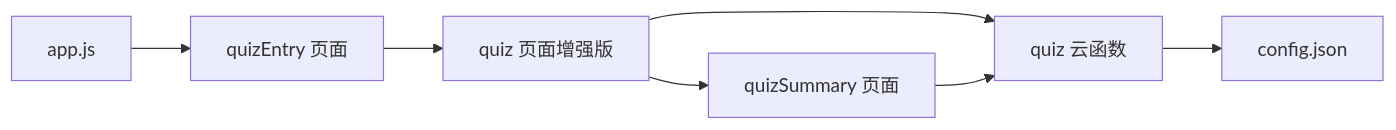
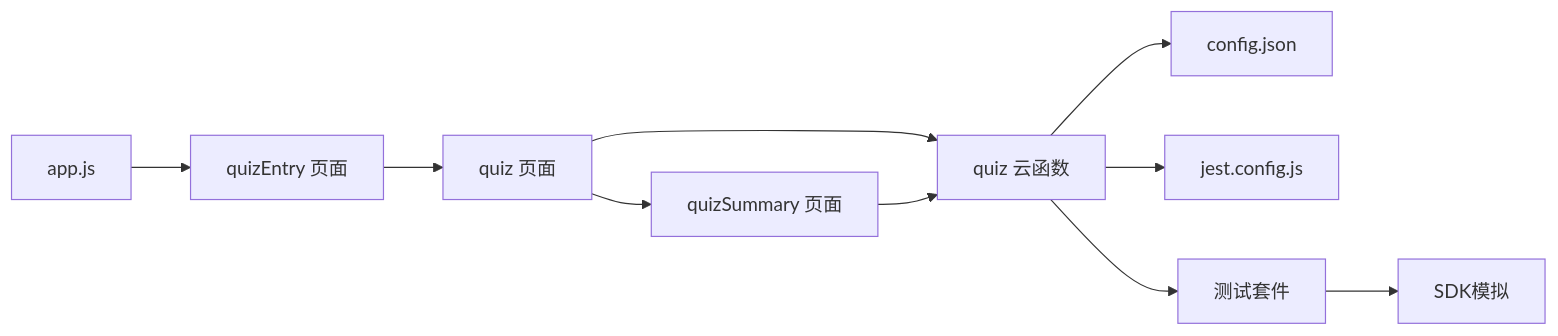
One commit to cwb7756/bio changed diagram 16 of 16 in .qoder/repowiki/zh/content/核心功能模块/测验系统/测验系统.md. Above: the diagram before and after it, drawn with Mermaid. The commit also changed other lines of this file and 45 other files, not shown here.

````diff
--- a/.qoder/repowiki/zh/content/核心功能模块/测验系统/测验系统.md
+++ b/.qoder/repowiki/zh/content/核心功能模块/测验系统/测验系统.md
@@ -479,9 +565,12 @@
 ```mermaid
 graph LR
 App["app.js"] --> QuizEntry["quizEntry 页面"]
-QuizEntry --> QuizPage["quiz 页面增强版"]
+QuizEntry --> QuizPage["quiz 页面"]
 QuizPage --> SummaryPage["quizSummary 页面"]
 QuizPage --> QuizCF["quiz 云函数"]
 SummaryPage --> QuizCF
 QuizCF --> Config["config.json"]
+QuizCF --> JestConfig["jest.config.js"]
+QuizCF --> Tests["测试套件"]
+Tests --> Mocks["SDK模拟"]
 ```
````
